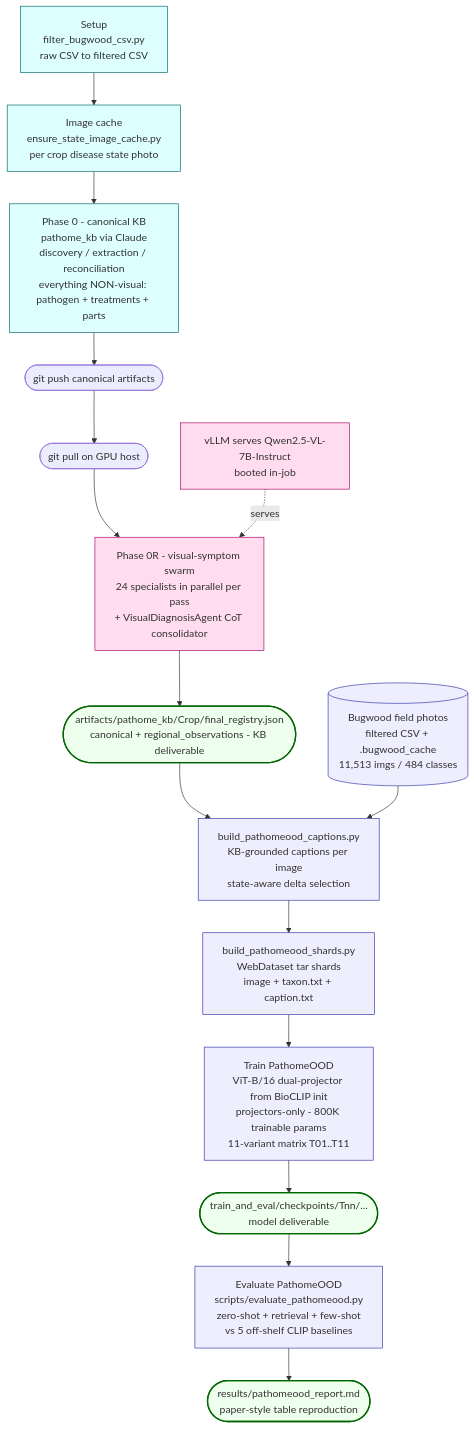
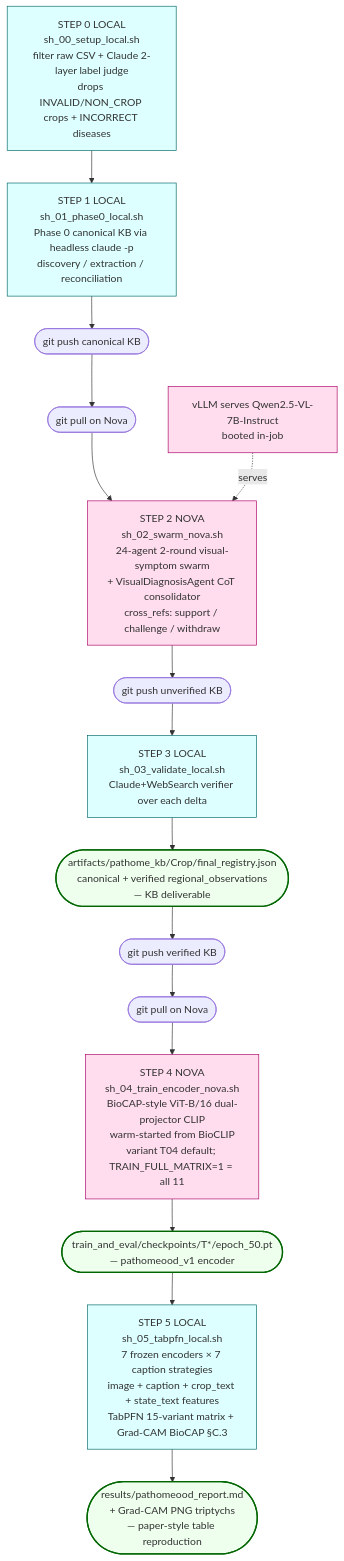
Before and after one commit to tirtho149/PRESAGE: the first of 5 diagrams in FLOW.md, drawn with Mermaid. The commit also changed other lines of this file and 27 other files, not shown here.

First line of the commit message:
6-step pipeline: add sh_00 setup + rename latex sources to paper/

````diff
--- a/FLOW.md
+++ b/FLOW.md
@@ -28,34 +29,29 @@
 ```mermaid
 flowchart TD
-    SETUP[Setup<br/>filter_bugwood_csv.py<br/>raw CSV to filtered CSV]
-    CACHE[Image cache<br/>ensure_state_image_cache.py<br/>per crop disease state photo]
-    P0[Phase 0 - canonical KB<br/>pathome_kb via Claude<br/>discovery / extraction / reconciliation<br/>everything NON-visual: pathogen + treatments + parts]
-    PUSH([git push canonical artifacts])
-    PULL([git pull on GPU host])
+    S0[STEP 0 LOCAL<br/>sh_00_setup_local.sh<br/>filter raw CSV + Claude 2-layer label judge<br/>drops INVALID/NON_CROP crops + INCORRECT diseases]
+    S1[STEP 1 LOCAL<br/>sh_01_phase0_local.sh<br/>Phase 0 canonical KB via headless claude -p<br/>discovery / extraction / reconciliation]
+    PUSH1([git push canonical KB])
+    PULL1([git pull on Nova])
     VLLM[vLLM serves Qwen2.5-VL-7B-Instruct<br/>booted in-job]
-    P0R[Phase 0R - visual-symptom swarm<br/>24 specialists in parallel per pass<br/>+ VisualDiagnosisAgent CoT consolidator]
-    REG([artifacts/pathome_kb/Crop/final_registry.json<br/>canonical + regional_observations - KB deliverable])
-    BUGWOOD[(Bugwood field photos<br/>filtered CSV + .bugwood_cache<br/>11,513 imgs / 484 classes)]
-    CAP[build_pathomeood_captions.py<br/>KB-grounded captions per image<br/>state-aware delta selection]
-    SH[build_pathomeood_shards.py<br/>WebDataset tar shards<br/>image + taxon.txt + caption.txt]
-    TRAIN[Train PathomeOOD<br/>ViT-B/16 dual-projector from BioCLIP init<br/>projectors-only - 800K trainable params<br/>11-variant matrix T01..T11]
-    CKPT([train_and_eval/checkpoints/Tnn/...<br/>model deliverable])
-    EVAL[Evaluate PathomeOOD<br/>scripts/evaluate_pathomeood.py<br/>zero-shot + retrieval + few-shot<br/>vs 5 off-shelf CLIP baselines]
-    METRICS([results/pathomeood_report.md<br/>paper-style table reproduction])
+    S2[STEP 2 NOVA<br/>sh_02_swarm_nova.sh<br/>24-agent 2-round visual-symptom swarm<br/>+ VisualDiagnosisAgent CoT consolidator<br/>cross_refs: support / challenge / withdraw]
+    PUSH2([git push unverified KB])
+    S3[STEP 3 LOCAL<br/>sh_03_validate_local.sh<br/>Claude+WebSearch verifier over each delta]
+    REG([artifacts/pathome_kb/Crop/final_registry.json<br/>canonical + verified regional_observations<br/>— KB deliverable])
+    PUSH3([git push verified KB])
+    PULL2([git pull on Nova])
+    S4[STEP 4 NOVA<br/>sh_04_train_encoder_nova.sh<br/>BioCAP-style ViT-B/16 dual-projector CLIP<br/>warm-started from BioCLIP<br/>variant T04 default; TRAIN_FULL_MATRIX=1 = all 11]
+    CKPT([train_and_eval/checkpoints/T*/epoch_50.pt<br/>— pathomeood_v1 encoder])
+    S5[STEP 5 LOCAL<br/>sh_05_tabpfn_local.sh<br/>7 frozen encoders × 7 caption strategies<br/>image + caption + crop_text + state_text features<br/>TabPFN 15-variant matrix + Grad-CAM BioCAP §C.3]
+    METRICS([results/pathomeood_report.md<br/>+ Grad-CAM PNG triptychs<br/>— paper-style table reproduction])
 
-    SETUP --> CACHE --> P0
-    P0 --> PUSH --> PULL --> P0R
-    VLLM -.serves.-> P0R --> REG
-    REG --> CAP
-    BUGWOOD --> CAP --> SH --> TRAIN
-    TRAIN --> CKPT --> EVAL --> METRICS
+    S0 --> S1 --> PUSH1 --> PULL1 --> S2
+    VLLM -.serves.-> S2 --> PUSH2 --> S3 --> REG --> PUSH3 --> PULL2 --> S4
+    S4 --> CKPT --> S5 --> METRICS
 
     classDef local fill:#dff,stroke:#066,stroke-width:1px
     classDef gpu fill:#fde,stroke:#a06,stroke-width:1px
-    classDef student fill:#eef,stroke:#33a,stroke-width:1px
     classDef terminal fill:#efe,stroke:#060,stroke-width:2px
-    class SETUP,CACHE,P0 local
-    class VLLM,P0R gpu
-    class BUGWOOD,CAP,SH,TRAIN,EVAL student
+    class S0,S1,S3,S5 local
+    class VLLM,S2,S4 gpu
     class REG,CKPT,METRICS terminal
 ```
````
